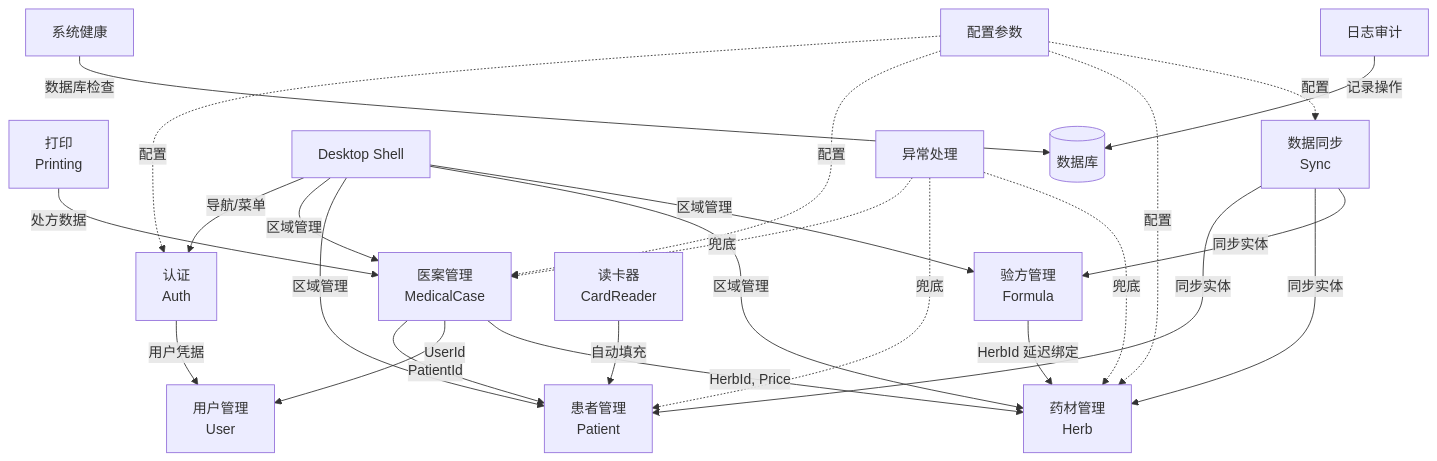
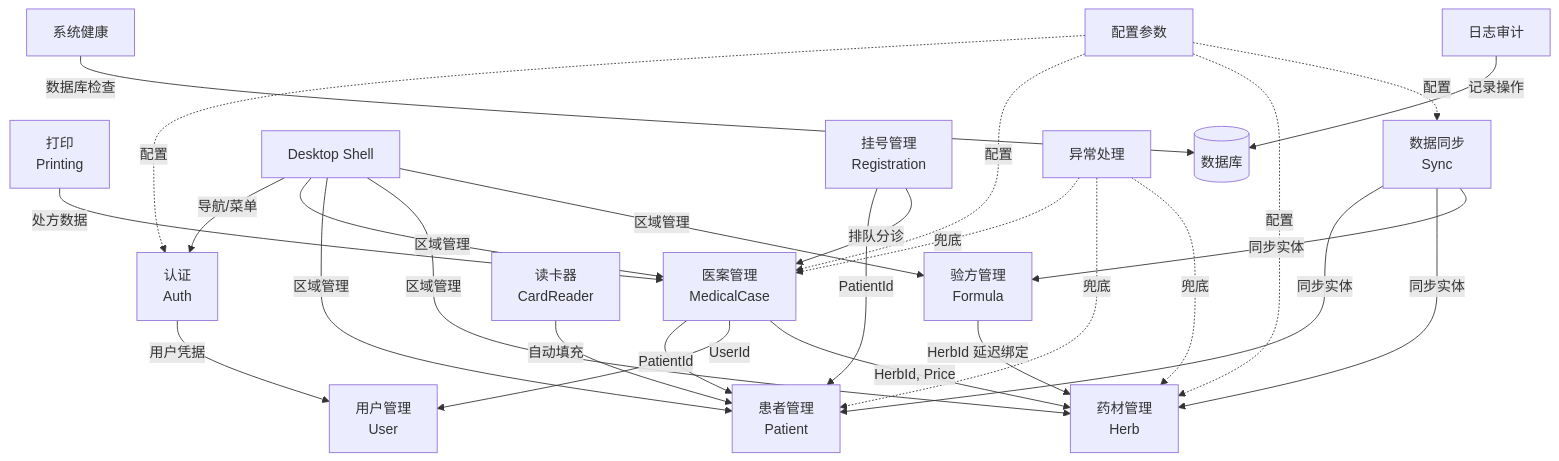
Before and after one commit to shouqitao/LYBTZYZS: the second of 2 diagrams in docs/01-product/vision.md, drawn with Mermaid. The commit also changed other lines of this file and 52 other files, not shown here.

````diff
--- a/docs/01-product/vision.md
+++ b/docs/01-product/vision.md
@@ -173,34 +79,37 @@
 ```mermaid
 graph TD
     MC[医案管理<br/>MedicalCase] -->|PatientId| PAT[患者管理<br/>Patient]
     MC -->|UserId| USER[用户管理<br/>User]
     MC -->|HerbId, Price| HERB[药材管理<br/>Herb]
 
     FORM[验方管理<br/>Formula] -->|HerbId 延迟绑定| HERB
 
     PRINT[打印<br/>Printing] -->|处方数据| MC
 
     SYNC[数据同步<br/>Sync] -->|同步实体| PAT
     SYNC -->|同步实体| HERB
     SYNC -->|同步实体| FORM
 
     AUTH[认证<br/>Auth] -->|用户凭据| USER
     SHELL[Desktop Shell] -->|导航/菜单| AUTH
     SHELL -->|区域管理| MC
     SHELL -->|区域管理| PAT
     SHELL -->|区域管理| HERB
     SHELL -->|区域管理| FORM
 
+    REG[挂号管理<br/>Registration] -->|PatientId| PAT
+    REG -->|排队分诊| MC
+
     CARD[读卡器<br/>CardReader] -->|自动填充| PAT
 
     SYS[系统健康] -->|数据库检查| DB[(数据库)]
     LOG[日志审计] -->|记录操作| DB
 
     CFG[配置参数] -.->|配置| AUTH
     CFG -.->|配置| MC
     CFG -.->|配置| HERB
     CFG -.->|配置| SYNC
     ERR[异常处理] -.->|兜底| MC
     ERR -.->|兜底| PAT
     ERR -.->|兜底| HERB
 ```
````
